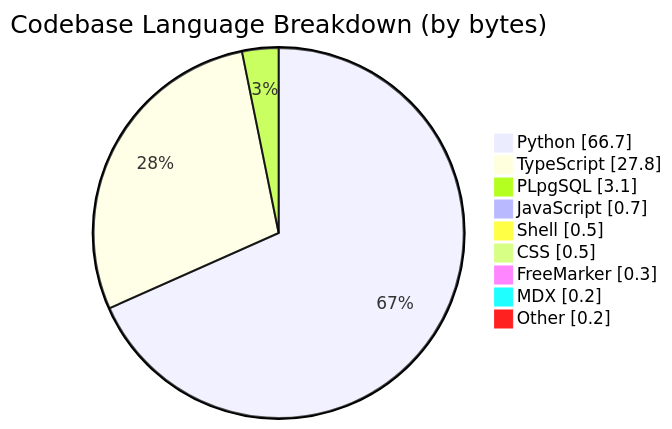
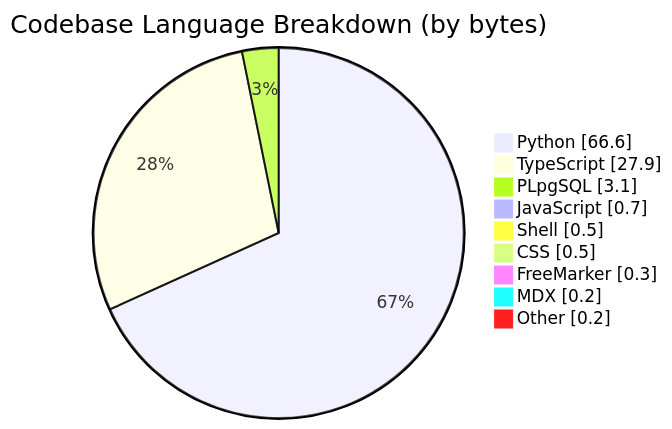
One commit to CSTH-Projects/.github changed the third of 4 diagrams in profile/README.md. Above: the diagram before and after it, drawn with Mermaid. The commit also changed other lines of this file, not shown here.

````diff
--- a/profile/README.md
+++ b/profile/README.md
@@ -63,13 +63,13 @@
 ```mermaid
 pie showData
     title Codebase Language Breakdown (by bytes)
-    "Python" : 66.7
-    "TypeScript" : 27.8
+    "Python" : 66.6
+    "TypeScript" : 27.9
     "PLpgSQL" : 3.1
     "JavaScript" : 0.7
     "Shell" : 0.5
     "CSS" : 0.5
     "FreeMarker" : 0.3
     "MDX" : 0.2
     "Other" : 0.2
 ```
````
